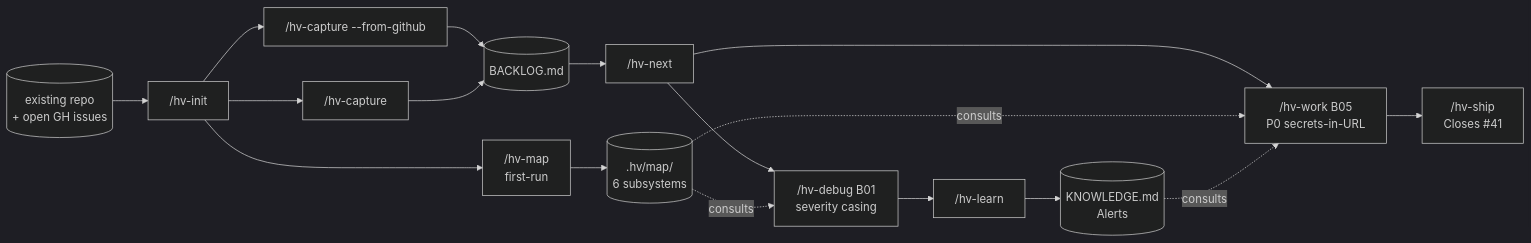
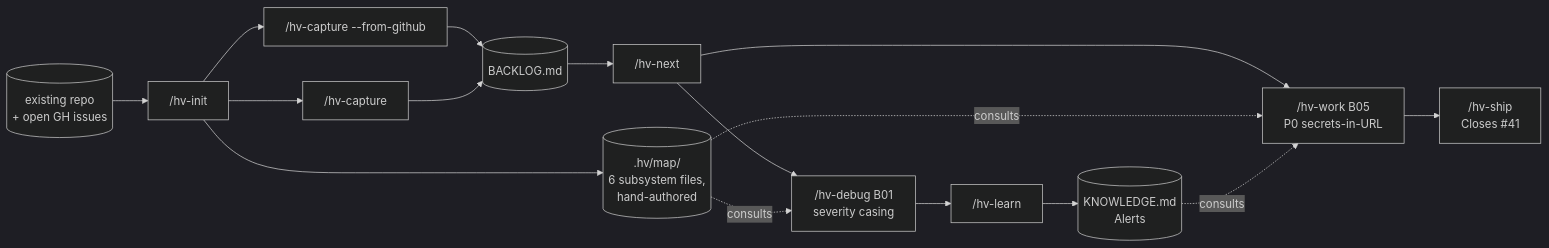
Before and after one commit to l4ci/hv-skills: the diagram in docs/walkthroughs/brownfield-existing-project.md, drawn with Mermaid (dark theme). The commit also changed other lines of this file and 30 other files, not shown here.

````diff
--- a/docs/walkthroughs/brownfield-existing-project.md
+++ b/docs/walkthroughs/brownfield-existing-project.md
@@ -9,19 +9,18 @@
 ```mermaid
 flowchart LR
   REPO[(existing repo<br/>+ open GH issues)] --> INIT["/hv-init"]
-  INIT --> MAP["/hv-map<br/>first-run"]
+  INIT --> SUBS[(.hv/map/<br/>6 subsystem files,<br/>hand-authored)]
   INIT --> ISSUES["/hv-capture --from-github"]
   INIT --> CAP["/hv-capture"]
-  MAP --> SUBS[(.hv/map/<br/>6 subsystems)]
   ISSUES --> BACKLOG[(BACKLOG.md)]
   CAP --> BACKLOG
   BACKLOG --> NEXT["/hv-next"]
   NEXT --> WORK["/hv-work B05<br/>P0 secrets-in-URL"]
   NEXT --> DEBUGCYCLE["/hv-debug B01<br/>severity casing"]
   WORK --> SHIP["/hv-ship<br/>Closes #41"]
   DEBUGCYCLE --> LEARN["/hv-learn"]
   LEARN --> KNOW[(KNOWLEDGE.md<br/>Alerts)]
   SUBS -.consults.-> WORK
   SUBS -.consults.-> DEBUGCYCLE
   KNOW -.consults.-> WORK
 ```
````
